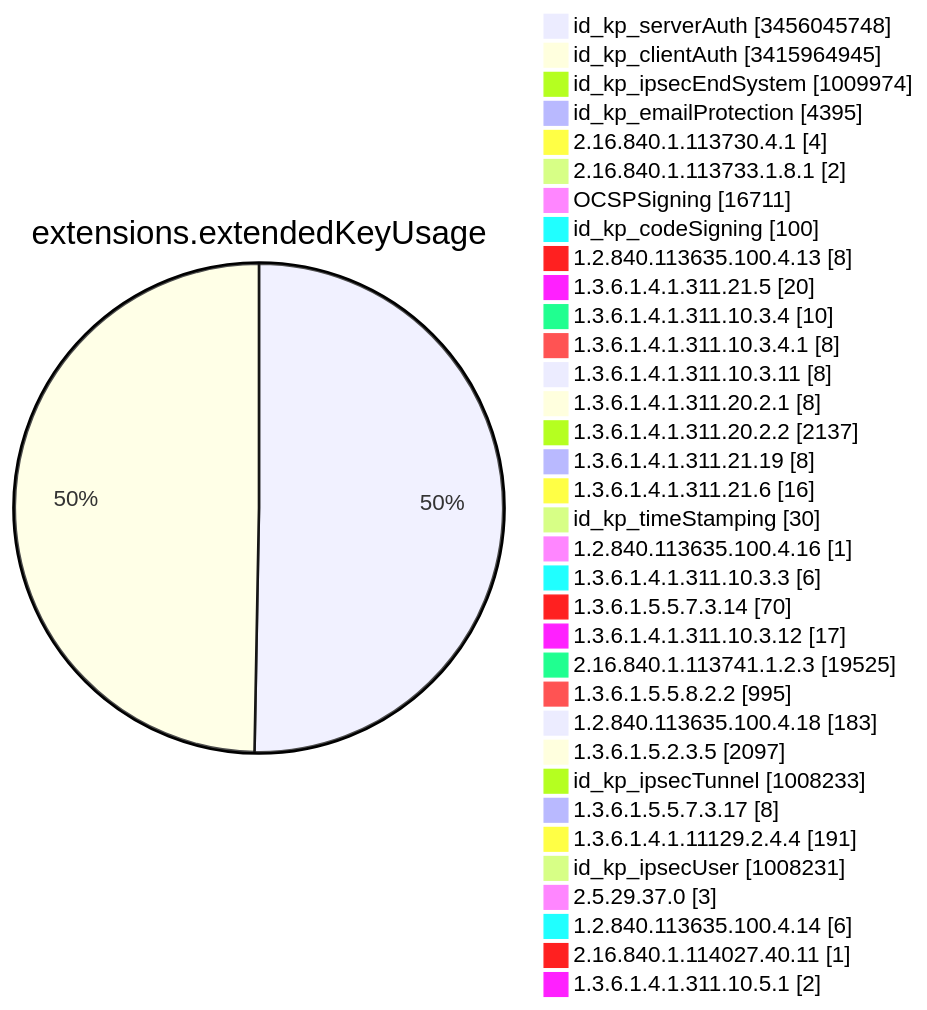
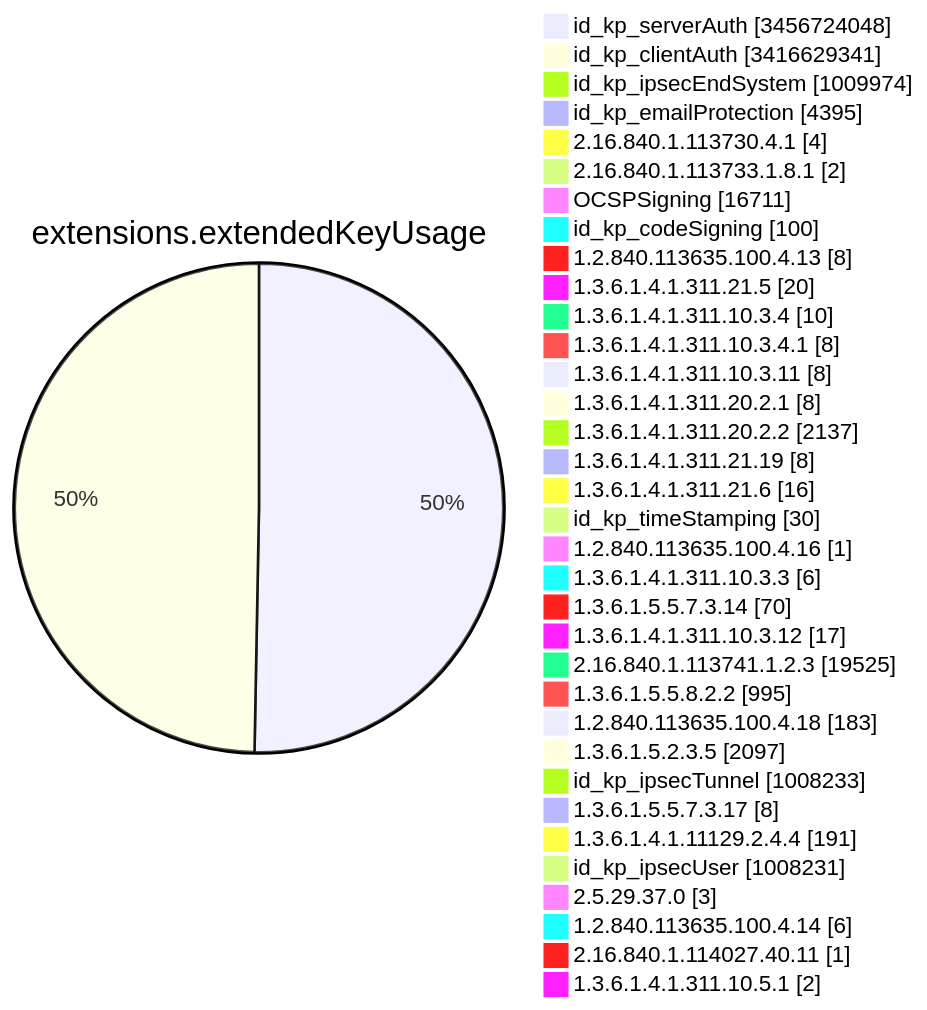
One commit to christiankrug/ctmonitor_visualization changed diagram 11 of 15 in TOTAL/README.md. Above: the diagram before and after it, drawn with Mermaid. The commit also changed other lines of this file, not shown here.

````diff
--- a/TOTAL/README.md
+++ b/TOTAL/README.md
@@ -4123,38 +4123,38 @@
 ```mermaid
 pie showData
 title extensions.extendedKeyUsage
-"id_kp_serverAuth" :3456045748
-"id_kp_clientAuth" :3415964945
+"id_kp_serverAuth" :3456724048
+"id_kp_clientAuth" :3416629341
 "id_kp_ipsecEndSystem" :1009974
 "id_kp_emailProtection" :4395
 "2.16.840.1.113730.4.1" :4
 "2.16.840.1.113733.1.8.1" :2
 "OCSPSigning" :16711
 "id_kp_codeSigning" :100
 "1.2.840.113635.100.4.13" :8
 "1.3.6.1.4.1.311.21.5" :20
 "1.3.6.1.4.1.311.10.3.4" :10
 "1.3.6.1.4.1.311.10.3.4.1" :8
 "1.3.6.1.4.1.311.10.3.11" :8
 "1.3.6.1.4.1.311.20.2.1" :8
 "1.3.6.1.4.1.311.20.2.2" :2137
 "1.3.6.1.4.1.311.21.19" :8
 "1.3.6.1.4.1.311.21.6" :16
 "id_kp_timeStamping" :30
 "1.2.840.113635.100.4.16" :1
 "1.3.6.1.4.1.311.10.3.3" :6
 "1.3.6.1.5.5.7.3.14" :70
 "1.3.6.1.4.1.311.10.3.12" :17
 "2.16.840.1.113741.1.2.3" :19525
 "1.3.6.1.5.5.8.2.2" :995
 "1.2.840.113635.100.4.18" :183
 "1.3.6.1.5.2.3.5" :2097
 "id_kp_ipsecTunnel" :1008233
 "1.3.6.1.5.5.7.3.17" :8
 "1.3.6.1.4.1.11129.2.4.4" :191
 "id_kp_ipsecUser" :1008231
 "2.5.29.37.0" :3
 "1.2.840.113635.100.4.14" :6
 "2.16.840.1.114027.40.11" :1
 "1.3.6.1.4.1.311.10.5.1" :2
 ```
````
